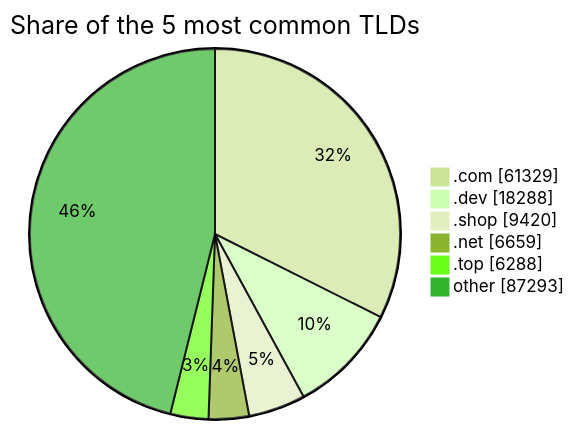
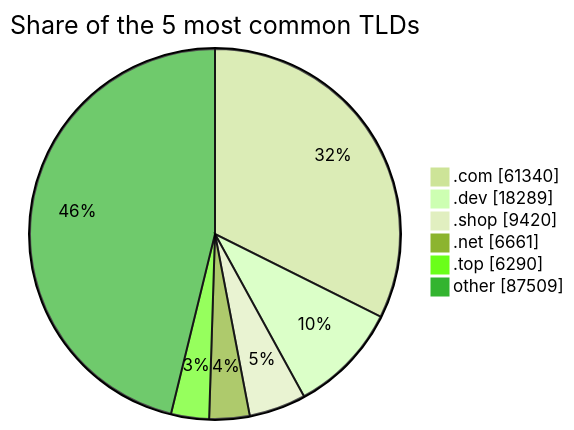
One commit to DNSBunker/CTI changed the third of 3 diagrams in README.md. Above: the diagram before and after it, drawn with Mermaid (forest theme). The commit also changed other lines of this file and 3 other files, not shown here.

````diff
--- a/README.md
+++ b/README.md
@@ -81,9 +81,9 @@
 ```mermaid
 pie showData title Share of the 5 most common TLDs
-    ".com" : 61329
-    ".dev" : 18288
+    ".com" : 61340
+    ".dev" : 18289
     ".shop" : 9420
-    ".net" : 6659
-    ".top" : 6288
-    "other" : 87293
+    ".net" : 6661
+    ".top" : 6290
+    "other" : 87509
 ```
````
